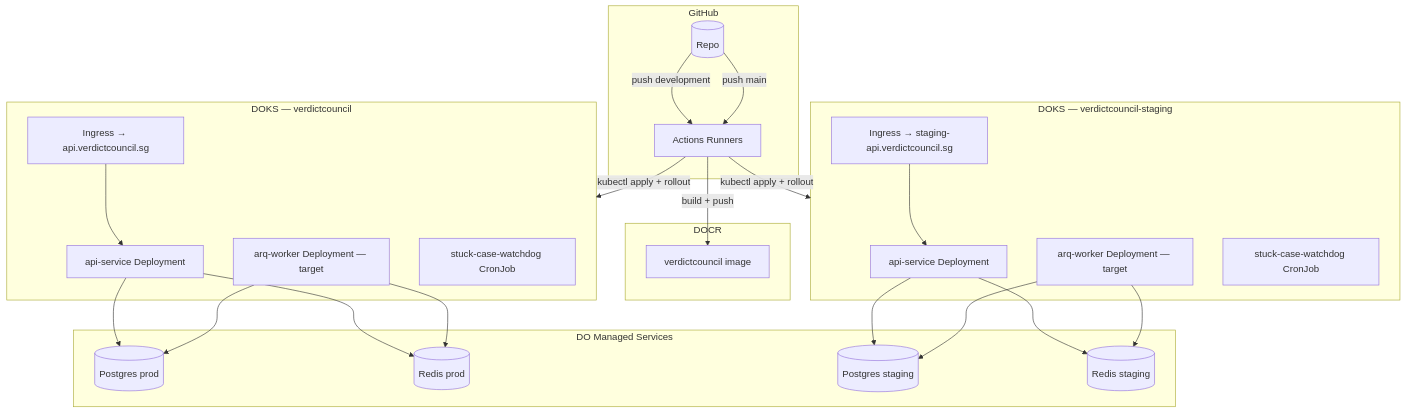
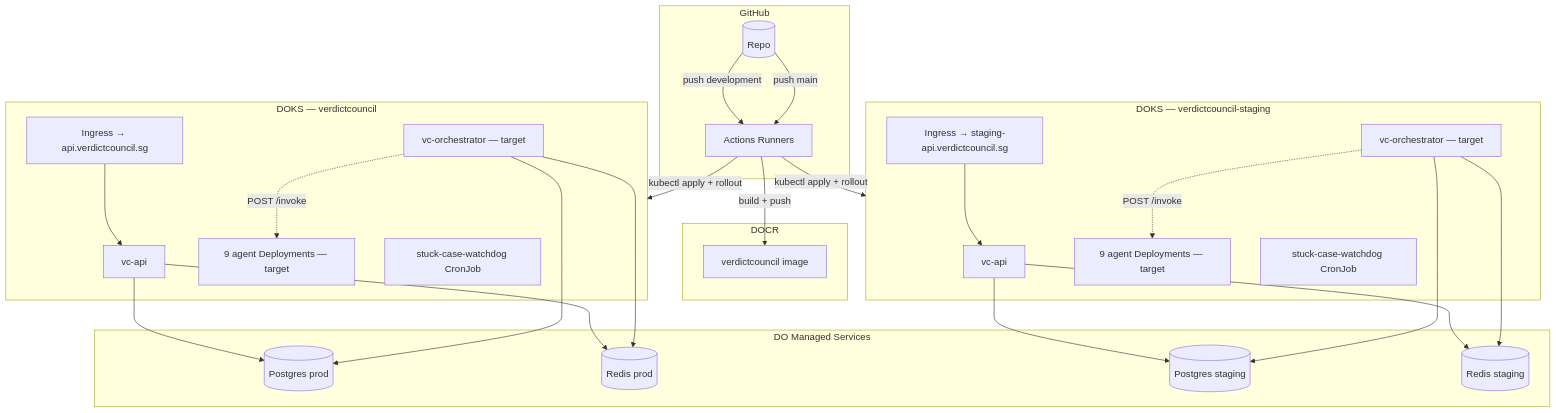
Before and after one commit to ShashankBagda/VerdictCouncil_Backend: the diagram in docs/architecture/06-cicd-pipeline.md, drawn with Mermaid. The commit also changed other lines of this file and 5 other files, not shown here.

First line of the commit message:
docs: flip architecture to per-agent-container canonical

````diff
--- a/docs/architecture/06-cicd-pipeline.md
+++ b/docs/architecture/06-cicd-pipeline.md
@@ -520,51 +614,55 @@
 ```mermaid
 flowchart TB
     subgraph GH[GitHub]
         REPO[(Repo)]
         GHA[Actions Runners]
     end
 
     subgraph DOCR[DOCR]
         IMG[verdictcouncil image]
     end
 
     subgraph DOKS_STAGING[DOKS — verdictcouncil-staging]
-        APIS[api-service Deployment]
-        WRKS[arq-worker Deployment — target]
+        APIS[vc-api]
+        ORCS[vc-orchestrator — target]
+        A_S[9 agent Deployments — target]
         WDS[stuck-case-watchdog CronJob]
         INGS[Ingress → staging-api.verdictcouncil.sg]
     end
 
     subgraph DOKS_PROD[DOKS — verdictcouncil]
-        APIP[api-service Deployment]
-        WRKP[arq-worker Deployment — target]
+        APIP[vc-api]
+        ORCP[vc-orchestrator — target]
+        A_P[9 agent Deployments — target]
         WDP[stuck-case-watchdog CronJob]
         INGP[Ingress → api.verdictcouncil.sg]
     end
 
     subgraph Managed[DO Managed Services]
         PGP[(Postgres prod)]
         RDP[(Redis prod)]
         PGS[(Postgres staging)]
         RDS[(Redis staging)]
     end
 
     REPO -->|push development| GHA
     REPO -->|push main| GHA
     GHA -->|build + push| IMG
     GHA -->|kubectl apply + rollout| DOKS_STAGING
     GHA -->|kubectl apply + rollout| DOKS_PROD
 
     APIS --> PGS
-    WRKS --> PGS
     APIS --> RDS
-    WRKS --> RDS
+    ORCS --> PGS
+    ORCS --> RDS
+    ORCS -.->|POST /invoke| A_S
 
     APIP --> PGP
-    WRKP --> PGP
     APIP --> RDP
-    WRKP --> RDP
+    ORCP --> PGP
+    ORCP --> RDP
+    ORCP -.->|POST /invoke| A_P
 
     INGS --> APIS
     INGP --> APIP
 ```
````
